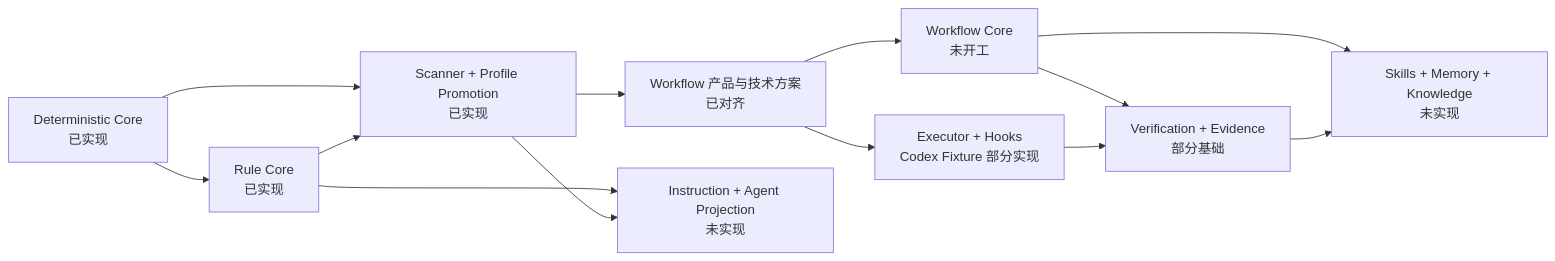
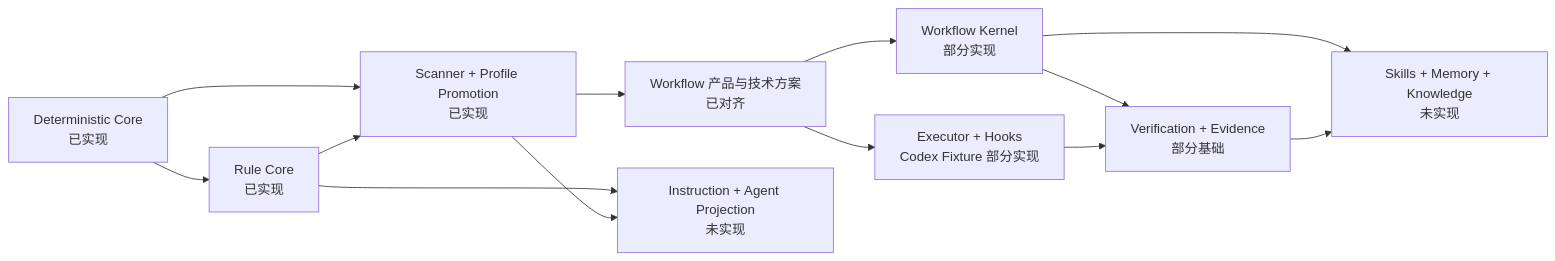
One commit to MarchRory/liushi-aweasome-agentic-engineering changed the diagram in packages/liushi-harness/docs/20-implementation-status-matrix.md. Above: the diagram before and after it, drawn with Mermaid. The commit also changed other lines of this file and 56 other files, not shown here.

Commit message:
feat(harness): add workflow kernel runtime

````diff
--- a/packages/liushi-harness/docs/20-implementation-status-matrix.md
+++ b/packages/liushi-harness/docs/20-implementation-status-matrix.md
@@ -69,25 +70,25 @@
 ```mermaid
 flowchart LR
   core["Deterministic Core<br/>已实现"]
   rules["Rule Core<br/>已实现"]
   profile["Scanner + Profile Promotion<br/>已实现"]
   decision["Workflow 产品与技术方案<br/>已对齐"]
-  workflow["Workflow Core<br/>未开工"]
+  workflow["Workflow Kernel<br/>部分实现"]
   executor["Executor + Hooks<br/>Codex Fixture 部分实现"]
   verify["Verification + Evidence<br/>部分基础"]
   projection["Instruction + Agent Projection<br/>未实现"]
   knowledge["Skills + Memory + Knowledge<br/>未实现"]
 
   core --> rules
   core --> profile
   rules --> profile
   profile --> decision
   decision --> workflow
   decision --> executor
   workflow --> verify
   executor --> verify
   rules --> projection
   profile --> projection
   workflow --> knowledge
   verify --> knowledge
 ```
````
